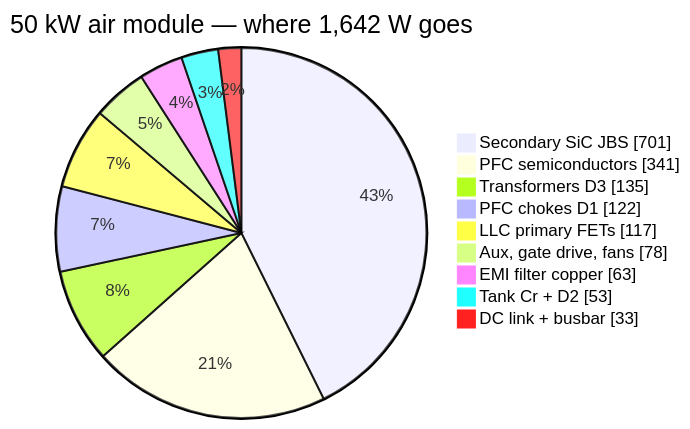
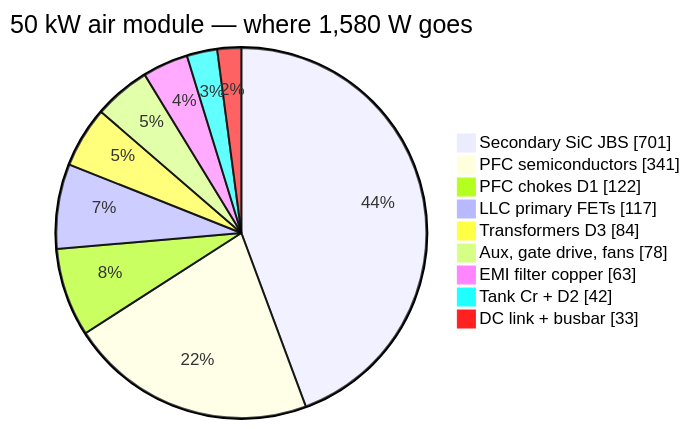
One commit to vectivolt/DC-Modules changed the first of 5 diagrams in docs/thermal-report.md. Above: the diagram before and after it, drawn with Mermaid. The commit also changed other lines of this file and 41 other files, not shown here.

````diff
--- a/docs/thermal-report.md
+++ b/docs/thermal-report.md
@@ -57,12 +65,12 @@
 ```mermaid
-pie showData title 50 kW air module — where 1,642 W goes
+pie showData title 50 kW air module — where 1,580 W goes
   "Secondary SiC JBS" : 701
   "PFC semiconductors" : 341
-  "Transformers D3" : 135
   "PFC chokes D1" : 122
   "LLC primary FETs" : 117
+  "Transformers D3" : 84
   "Aux, gate drive, fans" : 78
   "EMI filter copper" : 63
-  "Tank Cr + D2" : 53
+  "Tank Cr + D2" : 42
   "DC link + busbar" : 33
 ```
````
